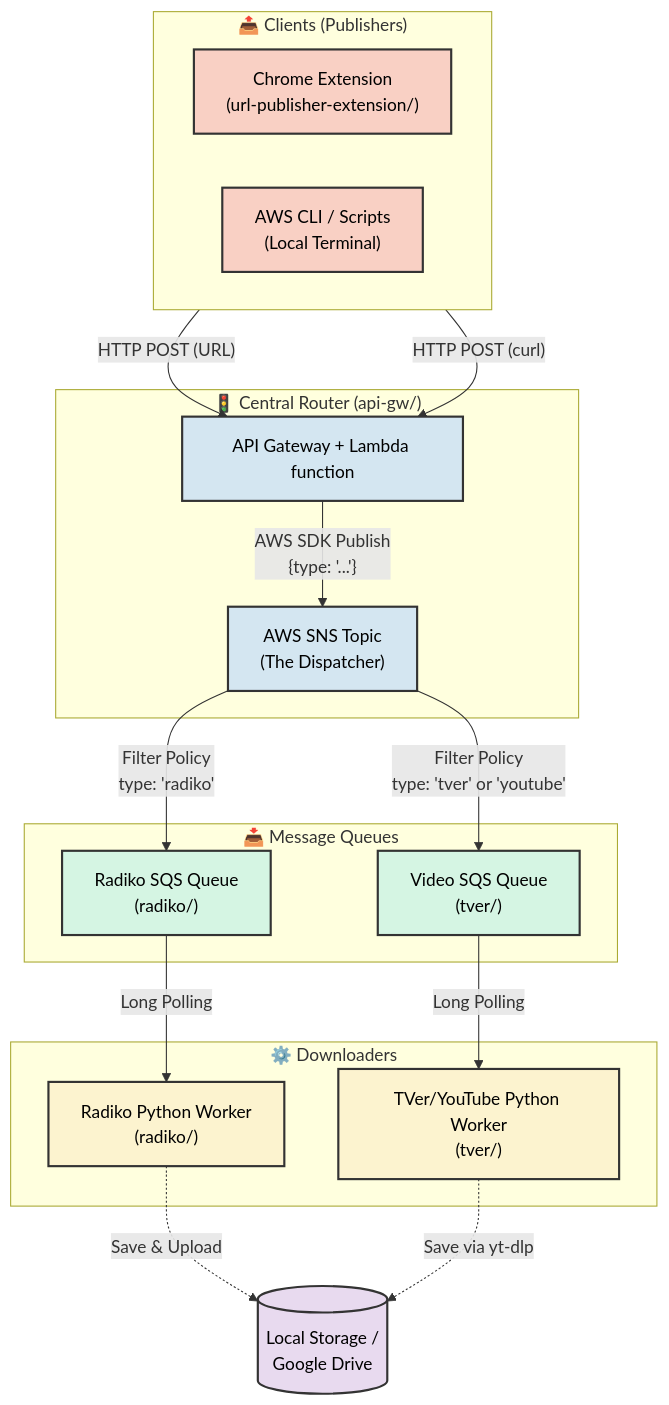
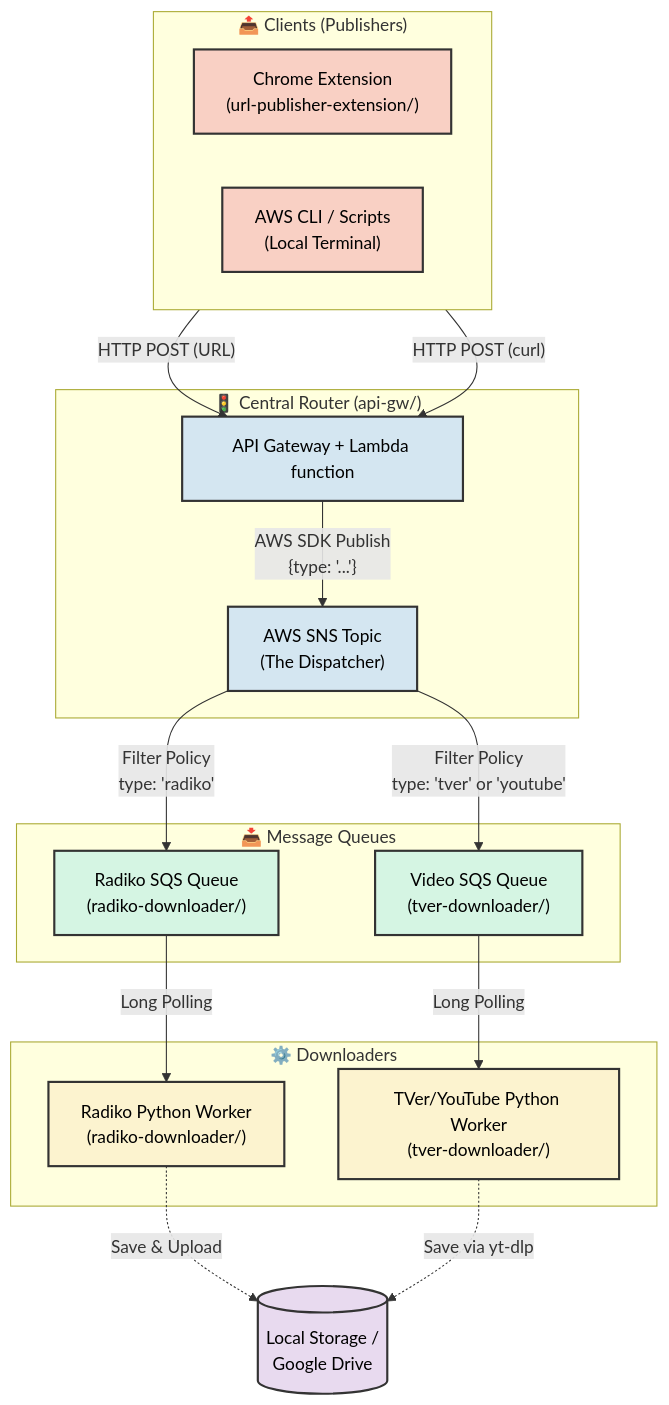
The diagram in README.md (khirata/media-downloader), drawn with Mermaid before and after one commit. The commit also changed other lines of this file and 19 other files, not shown here.

Commit message:
docs: rename worker directories to radiko-downloader and tver-downloader

````diff
--- a/README.md
+++ b/README.md
@@ -10,48 +10,48 @@
 ```mermaid
 graph TD
     classDef client fill:#f9d0c4,stroke:#333,stroke-width:2px,color:#000;
     classDef router fill:#d4e6f1,stroke:#333,stroke-width:2px,color:#000;
     classDef queue fill:#d5f5e3,stroke:#333,stroke-width:2px,color:#000;
     classDef worker fill:#fcf3cf,stroke:#333,stroke-width:2px,color:#000;
     classDef storage fill:#e8daef,stroke:#333,stroke-width:2px,color:#000;
 
     subgraph Clients ["📤 Clients (Publishers)"]
         direction LR
         EXT["Chrome Extension<br/>(url-publisher-extension/)"]:::client
         CLI["AWS CLI / Scripts<br/>(Local Terminal)"]:::client
     end
 
     subgraph Dispatcher ["🚦 Central Router (api-gw/)"]
         API["API Gateway + Lambda function"]:::router
         SNS["AWS SNS Topic<br/>(The Dispatcher)"]:::router
     end
 
     subgraph Queues ["📥 Message Queues"]
-        SQS_R["Radiko SQS Queue<br/>(radiko/)"]:::queue
-        SQS_T["Video SQS Queue<br/>(tver/)"]:::queue
+        SQS_R["Radiko SQS Queue<br/>(radiko-downloader/)"]:::queue
+        SQS_T["Video SQS Queue<br/>(tver-downloader/)"]:::queue
     end
 
     subgraph Workers ["⚙️ Downloaders"]
-        WORK_R["Radiko Python Worker<br/>(radiko/)"]:::worker
-        WORK_T["TVer/YouTube Python Worker<br/>(tver/)"]:::worker
+        WORK_R["Radiko Python Worker<br/>(radiko-downloader/)"]:::worker
+        WORK_T["TVer/YouTube Python Worker<br/>(tver-downloader/)"]:::worker
     end
     
     STORAGE[("Local Storage /<br/>Google Drive")]:::storage
 
     %% Client flows
     EXT -->|"HTTP POST (URL)"| API
     CLI -->|"HTTP POST (curl)"| API
     API -->|"AWS SDK Publish<br/>{type: '...'} "| SNS
 
     %% Dispatcher routing based on message attributes/body
     SNS -->|"Filter Policy<br/>type: 'radiko'"| SQS_R
     SNS -->|"Filter Policy<br/>type: 'tver' or 'youtube'"| SQS_T
 
     %% Worker polling
     SQS_R -->|"Long Polling"| WORK_R
     SQS_T -->|"Long Polling"| WORK_T
 
     %% Final output
     WORK_R -.->|"Save & Upload"| STORAGE
     WORK_T -.->|"Save via yt-dlp"| STORAGE
 ```
````
